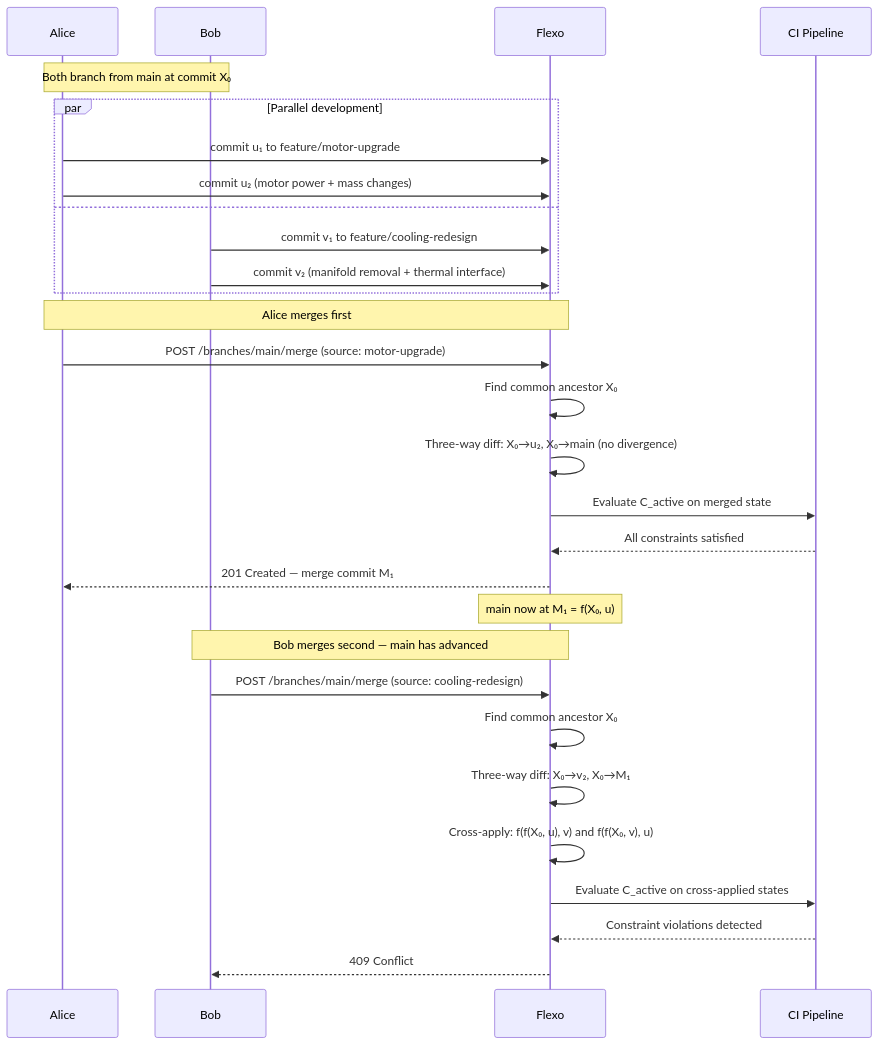
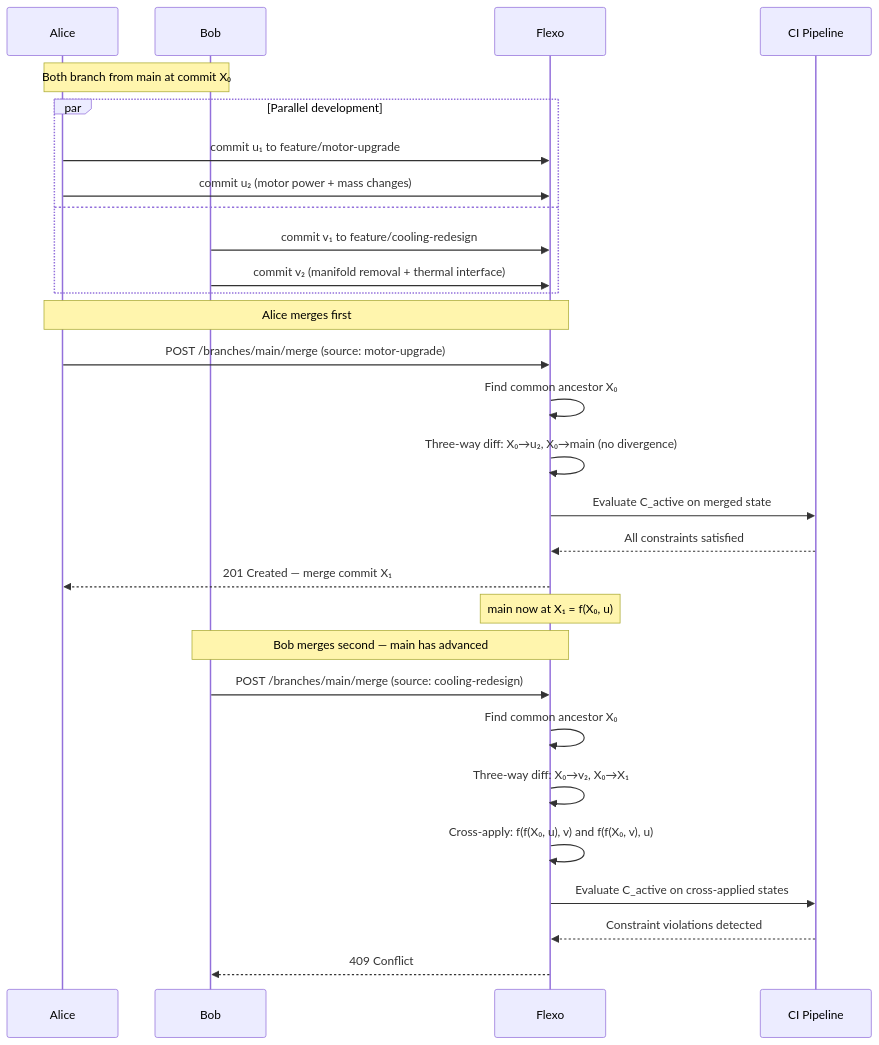
The first of 6 diagrams in A Policy-based Approach to Model Lifecycle Management with Flexo.md (mzargham/flexo-conflict-resolution-policy-research), drawn with Mermaid before and after one commit. The commit also changed other lines of this file, not shown here.

Commit message:
Rename M₁ to X₁ for consistent state notation, add prose definition
X₁ = f(X₀, u) aligns with the state-variable convention used
throughout the formalism (X₀, X⁺, X_uv, etc.).

````diff
--- a/A Policy-based Approach to Model Lifecycle Management with Flexo.md
+++ b/A Policy-based Approach to Model Lifecycle Management with Flexo.md
@@ -38,37 +38,37 @@
 ```mermaid
 sequenceDiagram
     participant A as Alice
     participant B as Bob
     participant F as Flexo
     participant CI as CI Pipeline
 
     Note over A, B: Both branch from main at commit X₀
 
     par Parallel development
         A->>F: commit u₁ to feature/motor-upgrade
         A->>F: commit u₂ (motor power + mass changes)
     and
         B->>F: commit v₁ to feature/cooling-redesign
         B->>F: commit v₂ (manifold removal + thermal interface)
     end
 
     Note over A, F: Alice merges first
 
     A->>F: POST /branches/main/merge (source: motor-upgrade)
     F->>F: Find common ancestor X₀
     F->>F: Three-way diff: X₀→u₂, X₀→main (no divergence)
     F->>CI: Evaluate C_active on merged state
     CI-->>F: All constraints satisfied
-    F-->>A: 201 Created — merge commit M₁
-    Note over F: main now at M₁ = f(X₀, u)
+    F-->>A: 201 Created — merge commit X₁
+    Note over F: main now at X₁ = f(X₀, u)
 
     Note over B, F: Bob merges second — main has advanced
 
     B->>F: POST /branches/main/merge (source: cooling-redesign)
     F->>F: Find common ancestor X₀
-    F->>F: Three-way diff: X₀→v₂, X₀→M₁
+    F->>F: Three-way diff: X₀→v₂, X₀→X₁
     F->>F: Cross-apply: f(f(X₀, u), v) and f(f(X₀, v), u)
     F->>CI: Evaluate C_active on cross-applied states
     CI-->>F: Constraint violations detected
     F-->>B: 409 Conflict
 ```
````
